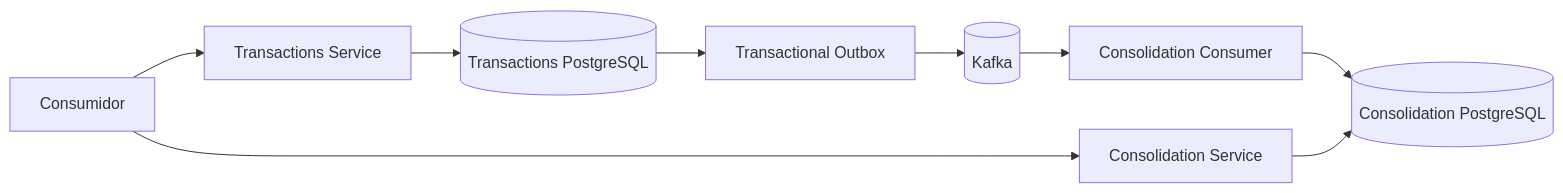
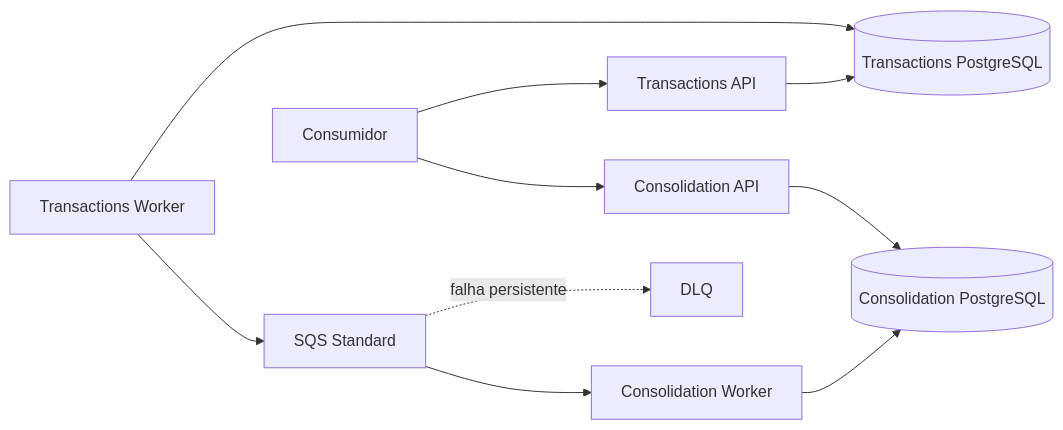
Before and after one commit to ThiagoFerraciolli/cash-flow-architecture: the second of 2 diagrams in docs/03-arquitetura-solucao/arquitetura-transicao-hipotetica.md, drawn with Mermaid. The commit also changed other lines of this file, not shown here.

````diff
--- a/docs/03-arquitetura-solucao/arquitetura-transicao-hipotetica.md
+++ b/docs/03-arquitetura-solucao/arquitetura-transicao-hipotetica.md
@@ -39,11 +22,12 @@
 ```mermaid
 flowchart LR
-    U[Consumidor] --> T[Transactions Service]
-    U --> C[Consolidation Service]
-    T --> TDB[(Transactions PostgreSQL)]
-    TDB --> O[Transactional Outbox]
-    O --> K[(Kafka)]
-    K --> CC[Consolidation Consumer]
-    CC --> CDB[(Consolidation PostgreSQL)]
-    C --> CDB
+    U[Consumidor] --> TA[Transactions API]
+    U --> CA[Consolidation API]
+    TA --> TDB[(Transactions PostgreSQL)]
+    TW[Transactions Worker] --> TDB
+    TW --> Q[SQS Standard]
+    Q --> CW[Consolidation Worker]
+    Q -. falha persistente .-> D[DLQ]
+    CW --> CDB[(Consolidation PostgreSQL)]
+    CA --> CDB
 ```
````
